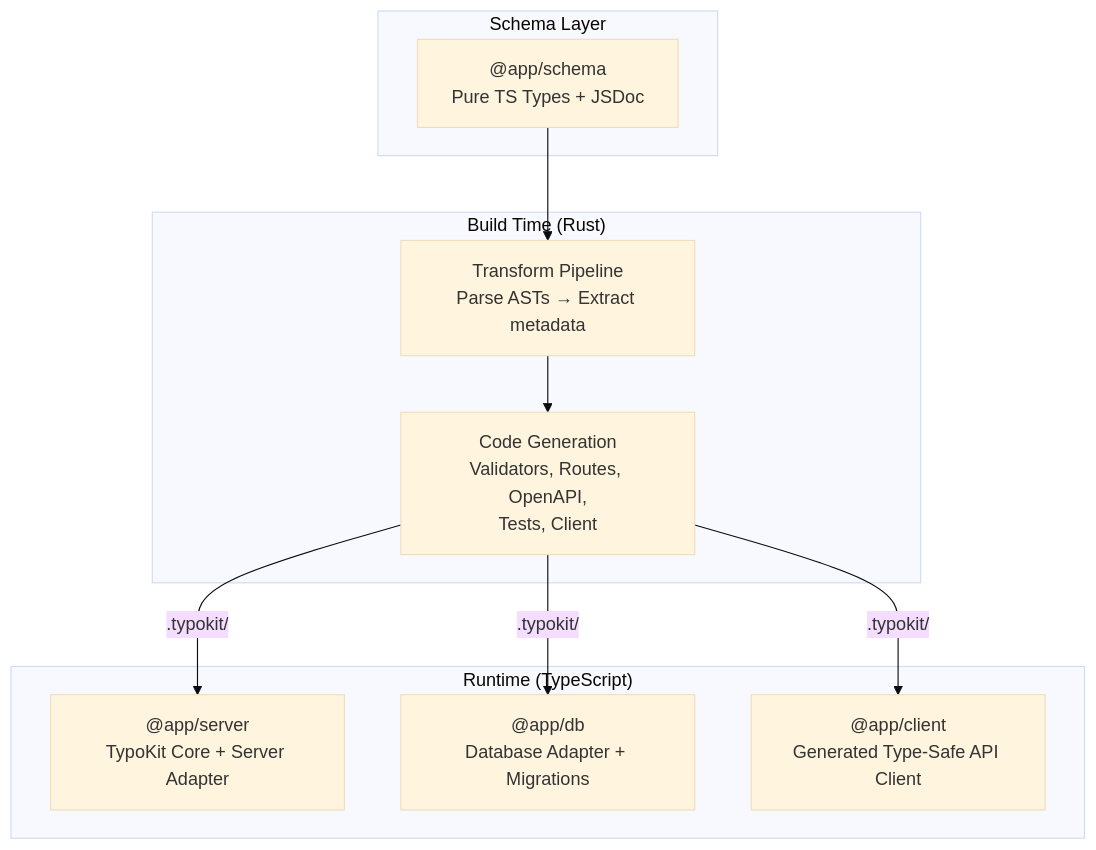
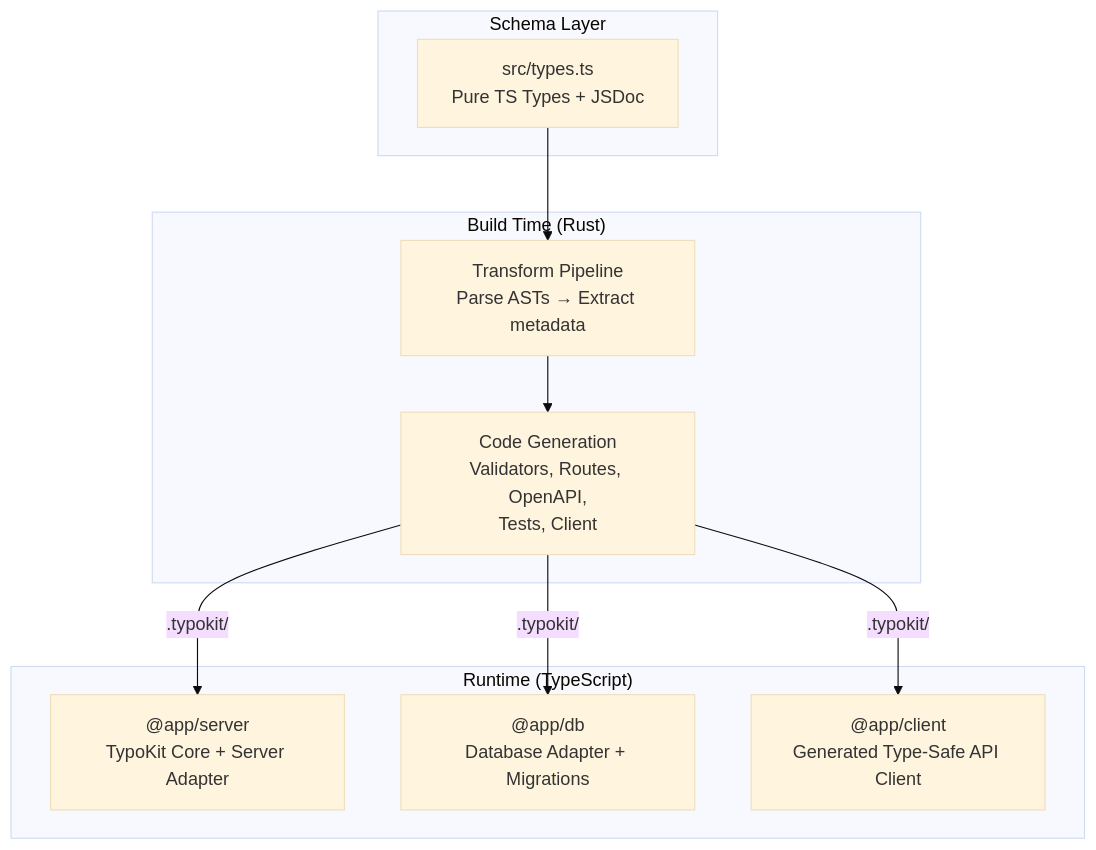
One commit to KyleBastien/typokit changed the first of 3 diagrams in packages/docs/src/content/docs/architecture/overview.mdx. Above: the diagram before and after it, drawn with Mermaid (base theme). The commit also changed 12 other files, not shown here.

````diff
--- a/packages/docs/src/content/docs/architecture/overview.mdx
+++ b/packages/docs/src/content/docs/architecture/overview.mdx
@@ -16,23 +16,23 @@
 ```mermaid
 graph TD
     subgraph "Schema Layer"
-        SCHEMA["@app/schema<br/>Pure TS Types + JSDoc"]
+        SCHEMA["src/types.ts<br/>Pure TS Types + JSDoc"]
     end
 
     subgraph "Build Time (Rust)"
         TRANSFORM["Transform Pipeline<br/>Parse ASTs → Extract metadata"]
         GENERATE["Code Generation<br/>Validators, Routes, OpenAPI,<br/>Tests, Client"]
     end
 
     subgraph "Runtime (TypeScript)"
         SERVER["@app/server<br/>TypoKit Core + Server Adapter"]
         DB["@app/db<br/>Database Adapter + Migrations"]
         CLIENT["@app/client<br/>Generated Type-Safe API Client"]
     end
 
     SCHEMA --> TRANSFORM
     TRANSFORM --> GENERATE
     GENERATE -->|".typokit/"| SERVER
     GENERATE -->|".typokit/"| DB
     GENERATE -->|".typokit/"| CLIENT
 ```
````
